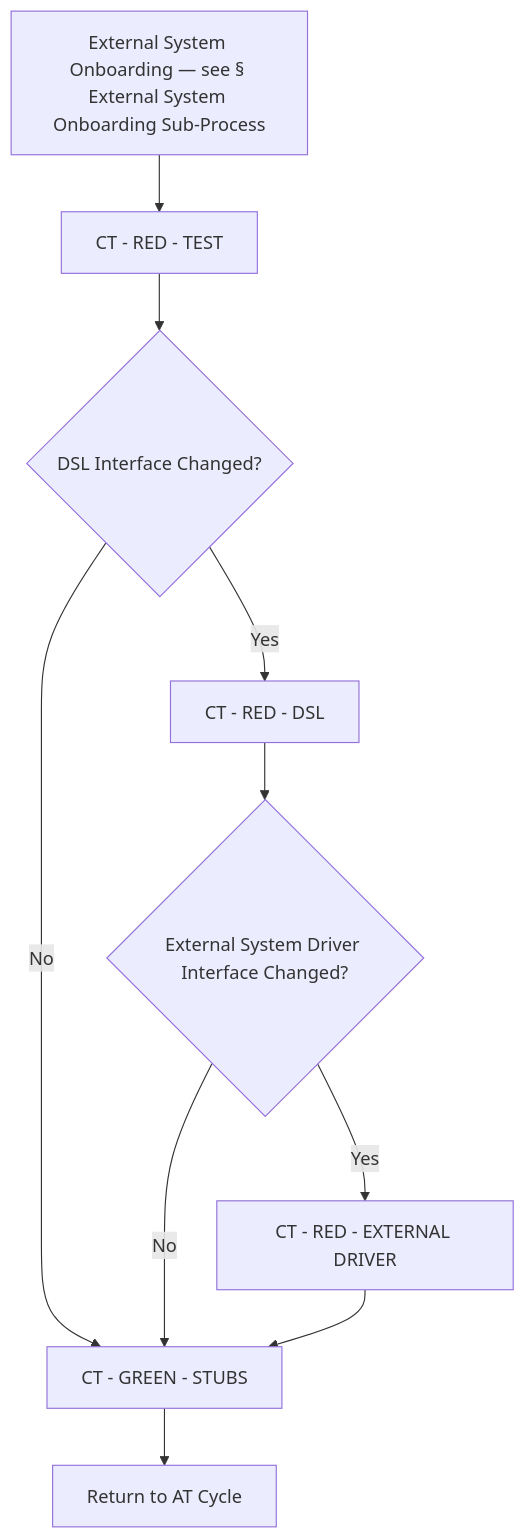
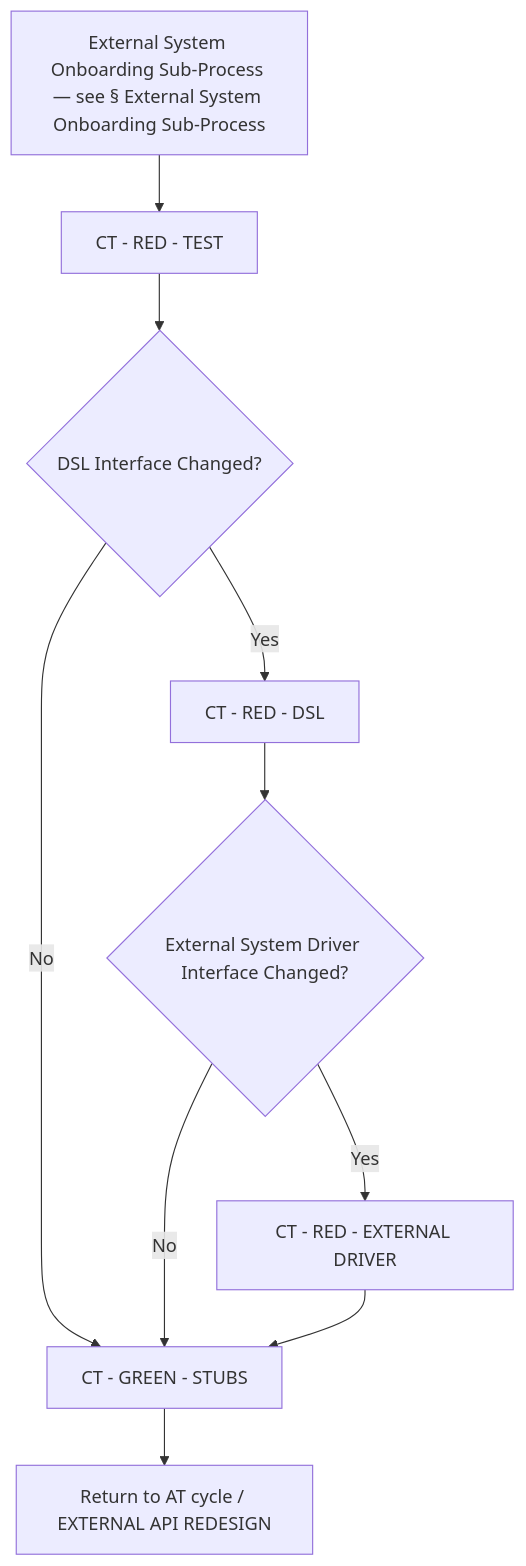
Before and after one commit to optivem/starter: the fourth of 10 diagrams in docs/atdd/process/diagram-process.md, drawn with Mermaid. The commit also changed other lines of this file and 2 other files, not shown here.

````diff
--- a/docs/atdd/process/diagram-process.md
+++ b/docs/atdd/process/diagram-process.md
@@ -143,21 +139,21 @@
 ```mermaid
 flowchart TD
-    ONBOARD[External System Onboarding — see § External System Onboarding Sub-Process]
+    ONBOARD[External System Onboarding Sub-Process — see § External System Onboarding Sub-Process]
     CT_RED_TEST[CT - RED - TEST]
-    DSL_GATE{DSL Interface Changed?}
+    GATE_DSL_CT{DSL Interface Changed?}
     CT_RED_DSL[CT - RED - DSL]
-    EXT_GATE{External System Driver Interface Changed?}
-    CT_RED_EXT_DRIVER[CT - RED - EXTERNAL DRIVER]
+    GATE_EXT_CT{External System Driver Interface Changed?}
+    CT_RED_EXT[CT - RED - EXTERNAL DRIVER]
     CT_GREEN_STUBS[CT - GREEN - STUBS]
-    RETURN[Return to AT Cycle]
+    RETURN[Return to AT cycle / EXTERNAL API REDESIGN]
 
     ONBOARD --> CT_RED_TEST
-    CT_RED_TEST --> DSL_GATE
-    DSL_GATE -->|No| CT_GREEN_STUBS
-    DSL_GATE -->|Yes| CT_RED_DSL
-    CT_RED_DSL --> EXT_GATE
-    EXT_GATE -->|No| CT_GREEN_STUBS
-    EXT_GATE -->|Yes| CT_RED_EXT_DRIVER
-    CT_RED_EXT_DRIVER --> CT_GREEN_STUBS
+    CT_RED_TEST --> GATE_DSL_CT
+    GATE_DSL_CT -->|No| CT_GREEN_STUBS
+    GATE_DSL_CT -->|Yes| CT_RED_DSL
+    CT_RED_DSL --> GATE_EXT_CT
+    GATE_EXT_CT -->|No| CT_GREEN_STUBS
+    GATE_EXT_CT -->|Yes| CT_RED_EXT
+    CT_RED_EXT --> CT_GREEN_STUBS
     CT_GREEN_STUBS --> RETURN
 ```
````
